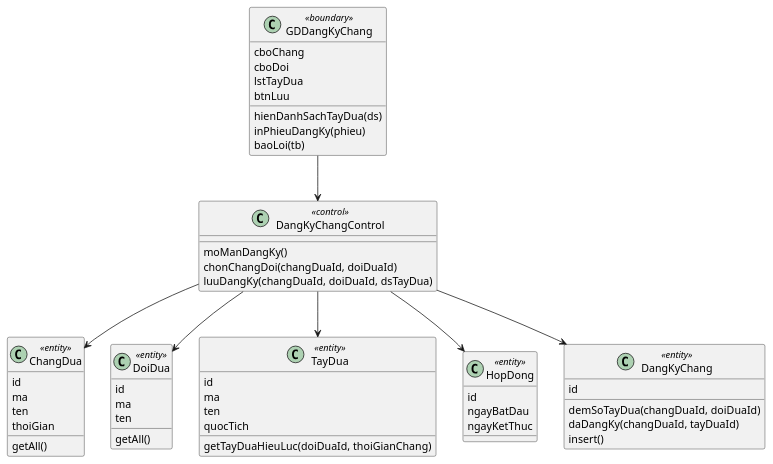
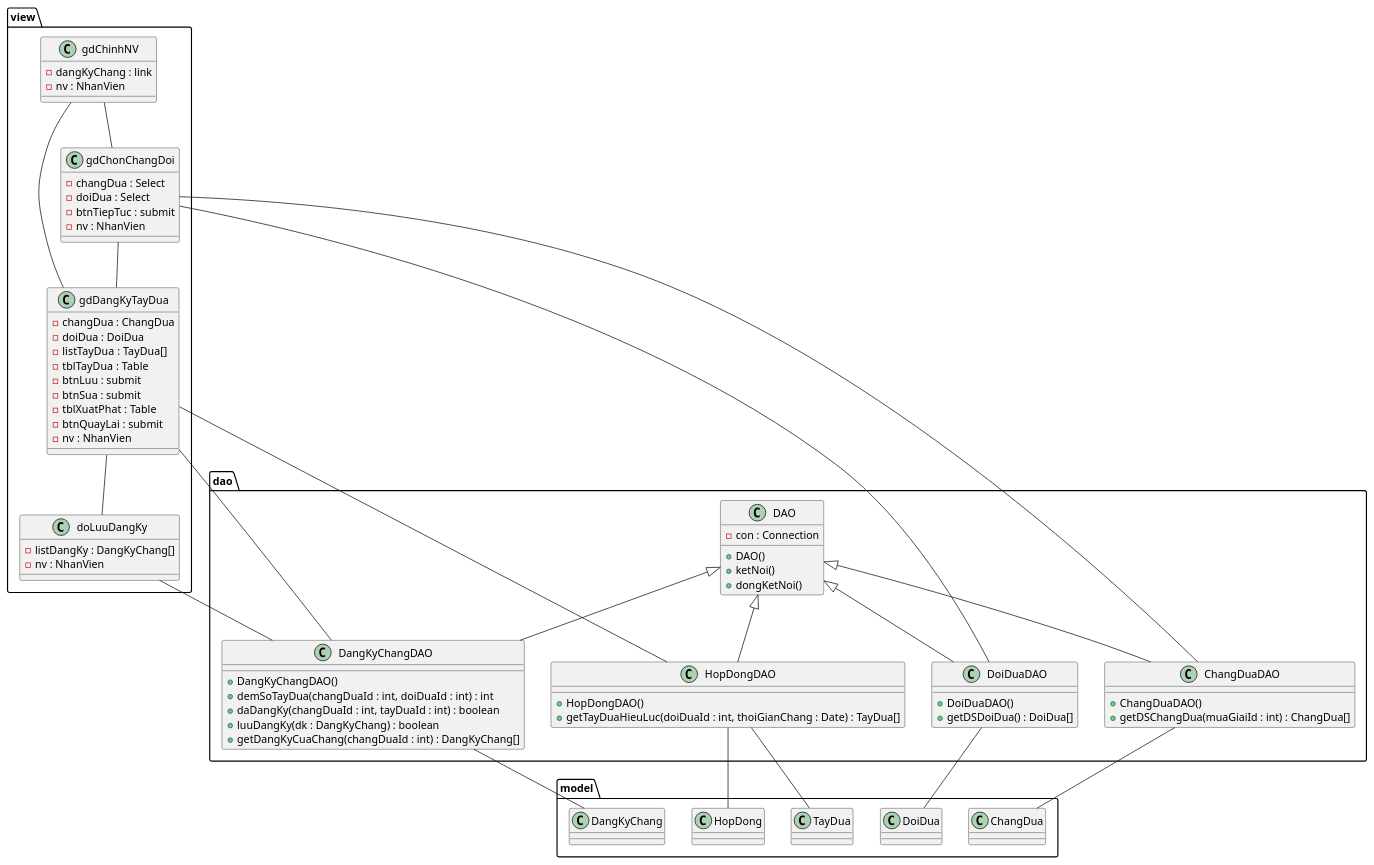
The fourth of 6 diagrams in Module 2 - Kin/noi-dung.md (7gho/CNPM-He2026), drawn with PlantUML before and after one commit. The commit also changed other lines of this file and 53 other files, not shown here.

````diff
--- a/Module 2 - Kin/noi-dung.md
+++ b/Module 2 - Kin/noi-dung.md
@@ -83,55 +298,89 @@
 ```plantuml
 @startuml
-class GDDangKyChang <<boundary>> {
-  cboChang
-  cboDoi
-  lstTayDua
-  btnLuu
-  hienDanhSachTayDua(ds)
-  inPhieuDangKy(phieu)
-  baoLoi(tb)
+package view {
+  class gdChinhNV {
+    -dangKyChang : link
+    -nv : NhanVien
+  }
+  class gdChonChangDoi {
+    -changDua : Select
+    -doiDua : Select
+    -btnTiepTuc : submit
+    -nv : NhanVien
+  }
+  class gdDangKyTayDua {
+    -changDua : ChangDua
+    -doiDua : DoiDua
+    -listTayDua : TayDua[]
+    -tblTayDua : Table
+    -btnLuu : submit
+    -btnSua : submit
+    -tblXuatPhat : Table
+    -btnQuayLai : submit
+    -nv : NhanVien
+  }
+  class doLuuDangKy {
+    -listDangKy : DangKyChang[]
+    -nv : NhanVien
+  }
 }
-class DangKyChangControl <<control>> {
-  moManDangKy()
-  chonChangDoi(changDuaId, doiDuaId)
-  luuDangKy(changDuaId, doiDuaId, dsTayDua)
+
+package dao {
+  class DAO {
+    -con : Connection
+    +DAO()
+    +ketNoi()
+    +dongKetNoi()
+  }
+  class ChangDuaDAO {
+    +ChangDuaDAO()
+    +getDSChangDua(muaGiaiId : int) : ChangDua[]
+  }
+  class DoiDuaDAO {
+    +DoiDuaDAO()
+    +getDSDoiDua() : DoiDua[]
+  }
+  class HopDongDAO {
+    +HopDongDAO()
+    +getTayDuaHieuLuc(doiDuaId : int, thoiGianChang : Date) : TayDua[]
+  }
+  class DangKyChangDAO {
+    +DangKyChangDAO()
+    +demSoTayDua(changDuaId : int, doiDuaId : int) : int
+    +daDangKy(changDuaId : int, tayDuaId : int) : boolean
+    +luuDangKy(dk : DangKyChang) : boolean
+    +getDangKyCuaChang(changDuaId : int) : DangKyChang[]
+  }
 }
-class ChangDua <<entity>> {
-  id
-  ma
-  ten
-  thoiGian
-  getAll()
+
+package model {
+  class ChangDua
+  class DoiDua
+  class TayDua
+  class HopDong
+  class DangKyChang
 }
-class DoiDua <<entity>> {
-  id
-  ma
-  ten
-  getAll()
-}
-class TayDua <<entity>> {
-  id
-  ma
-  ten
-  quocTich
-  getTayDuaHieuLuc(doiDuaId, thoiGianChang)
-}
-class HopDong <<entity>> {
-  id
-  ngayBatDau
-  ngayKetThuc
-}
-class DangKyChang <<entity>> {
-  id
-  demSoTayDua(changDuaId, doiDuaId)
-  daDangKy(changDuaId, tayDuaId)
-  insert()
-}
-GDDangKyChang --> DangKyChangControl
-DangKyChangControl --> ChangDua
-DangKyChangControl --> DoiDua
-DangKyChangControl --> TayDua
-DangKyChangControl --> HopDong
-DangKyChangControl --> DangKyChang
+
+DAO <|-- ChangDuaDAO
+DAO <|-- DoiDuaDAO
+DAO <|-- HopDongDAO
+DAO <|-- DangKyChangDAO
+
+gdChinhNV -- gdChonChangDoi
+gdChonChangDoi -- gdDangKyTayDua
+gdDangKyTayDua -- doLuuDangKy
+gdDangKyTayDua -- gdChinhNV
+
+gdChonChangDoi -- ChangDuaDAO
+gdChonChangDoi -- DoiDuaDAO
+gdDangKyTayDua -- HopDongDAO
+gdDangKyTayDua -- DangKyChangDAO
+doLuuDangKy -- DangKyChangDAO
+
+ChangDuaDAO -- ChangDua
+DoiDuaDAO -- DoiDua
+HopDongDAO -- HopDong
+HopDongDAO -- TayDua
+DangKyChangDAO -- DangKyChang
 @enduml
 ```
````
